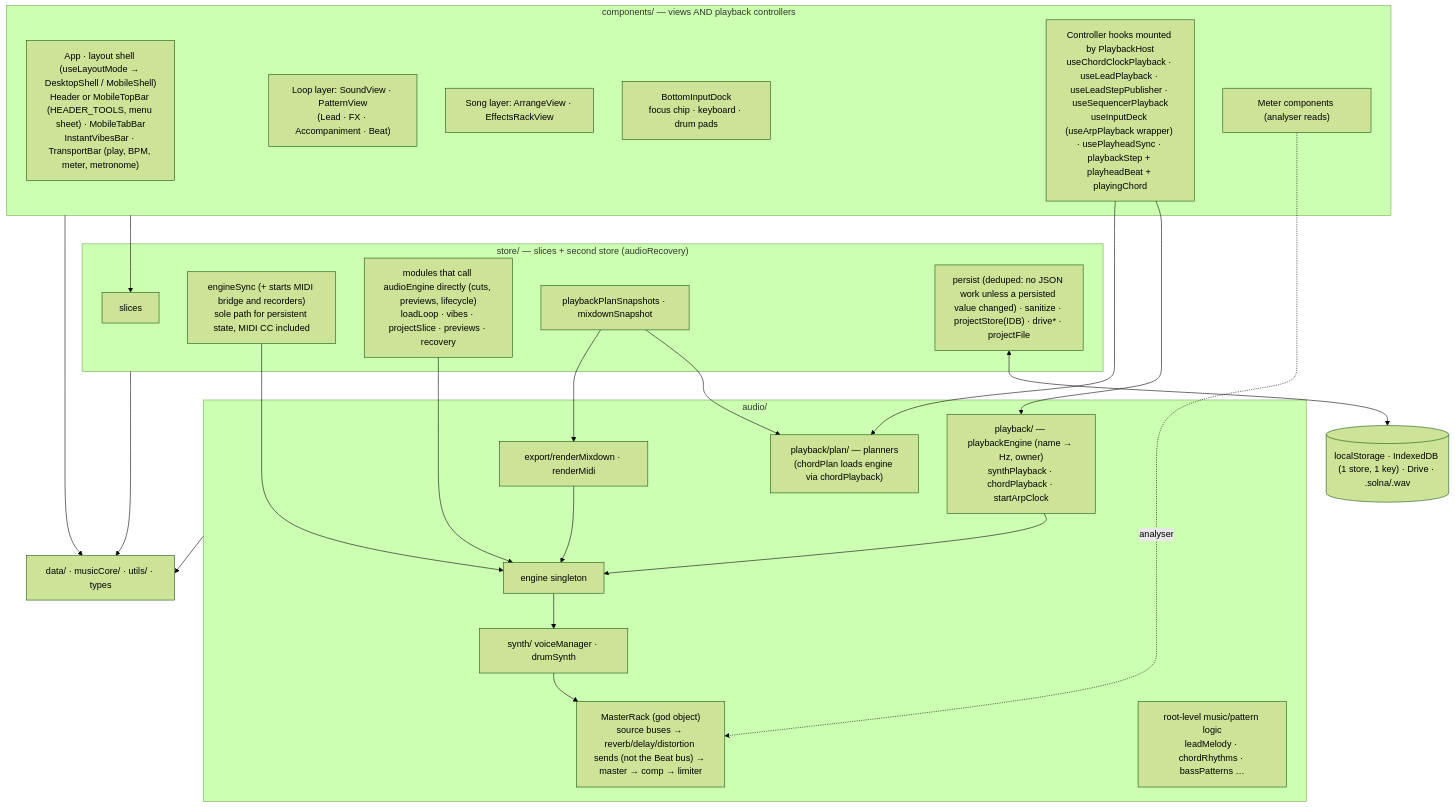
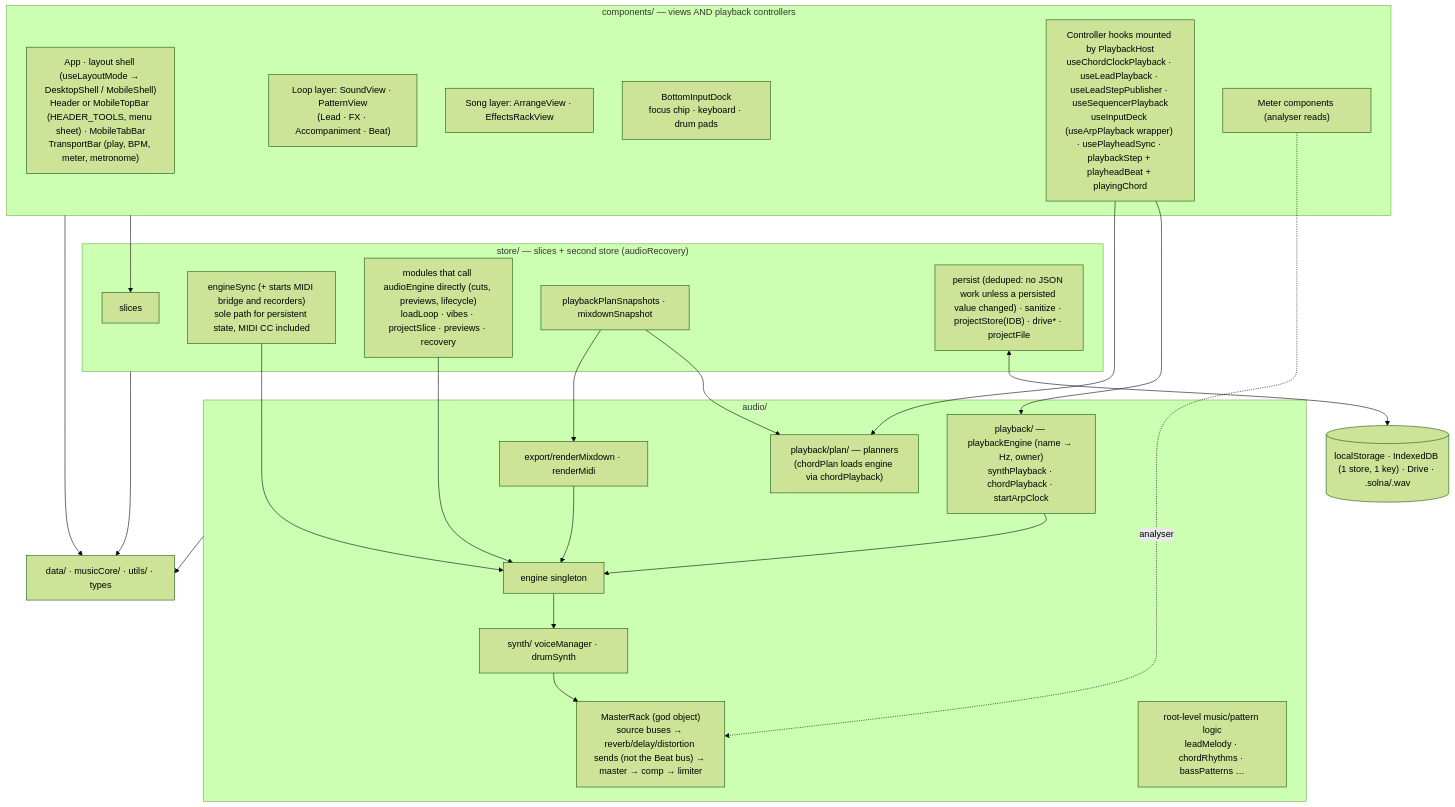
One commit to themiddnight/solna changed the diagram in docs/architecture/structure/README.md. Above: the diagram before and after it, drawn with Mermaid (forest theme). The commit also changed other lines of this file and 4 other files, not shown here.

Commit message:
docs: sync architecture notes for the vibe picker

````diff
--- a/docs/architecture/structure/README.md
+++ b/docs/architecture/structure/README.md
@@ -30,46 +30,46 @@
 ```mermaid
 flowchart TB
   subgraph Views["components/ — views AND playback controllers"]
-    Shell["App · layout shell (useLayoutMode → DesktopShell / MobileShell)<br/>Header or MobileTopBar (HEADER_TOOLS, menu sheet) · MobileTabBar<br/>InstantVibesBar · TransportBar (play, BPM, meter, metronome)"]
+    Shell["App · layout shell (useLayoutMode → DesktopShell / MobileShell)<br/>Header or MobileTopBar (HEADER_TOOLS, menu sheet) · MobileTabBar<br/>TransportBar (play, BPM, meter, metronome)"]
     LoopViews["Loop layer: SoundView · PatternView<br/>(Lead · FX · Accompaniment · Beat)"]
     SongViews["Song layer: ArrangeView · EffectsRackView"]
     Dock["BottomInputDock<br/>focus chip · keyboard · drum pads"]
     Ctrls["Controller hooks mounted by PlaybackHost<br/>useChordClockPlayback · useLeadPlayback · useLeadStepPublisher · useSequencerPlayback<br/>useInputDeck (useArpPlayback wrapper) · usePlayheadSync · playbackStep + playheadBeat + playingChord"]
     Meters["Meter components (analyser reads)"]
   end
 
   subgraph Store["store/ — slices + second store (audioRecovery)"]
     Slices["slices"]
     EngineSync["engineSync (+ starts MIDI bridge and recorders)<br/>sole path for persistent state, MIDI CC included"]
     Direct["modules that call audioEngine directly (cuts, previews, lifecycle)<br/>loadLoop · vibes · projectSlice · previews · recovery"]
     Snap["playbackPlanSnapshots · mixdownSnapshot"]
     PersistIO["persist (deduped: no JSON work unless a persisted value changed) · sanitize · projectStore(IDB) · drive* · projectFile"]
   end
 
   subgraph Audio["audio/"]
     PB["playback/ — playbackEngine (name → Hz, owner)<br/>synthPlayback · chordPlayback · startArpClock"]
     Plan["playback/plan/ — planners<br/>(chordPlan loads engine via chordPlayback)"]
     Eng["engine singleton"]
     Rack["MasterRack (god object)<br/>source buses → reverb/delay/distortion sends (not the Beat bus) → master → comp → limiter"]
     Voices["synth/ voiceManager · drumSynth"]
     Logic["root-level music/pattern logic<br/>leadMelody · chordRhythms · bassPatterns …"]
     Exp["export/renderMixdown · renderMidi"]
   end
 
   Domain["data/ · musicCore/ · utils/ · types"]
   Storage[("localStorage · IndexedDB (1 store, 1 key) · Drive · .solna/.wav")]
 
   Views --> Slices
   Ctrls --> PB --> Eng
   Ctrls --> Plan
   Snap --> Plan
   Meters -. analyser .-> Rack
   EngineSync --> Eng
   Direct --> Eng
   Eng --> Voices --> Rack
   Snap --> Exp --> Eng
   PersistIO <--> Storage
   Store --> Domain
   Audio --> Domain
   Views --> Domain
 ```
````
